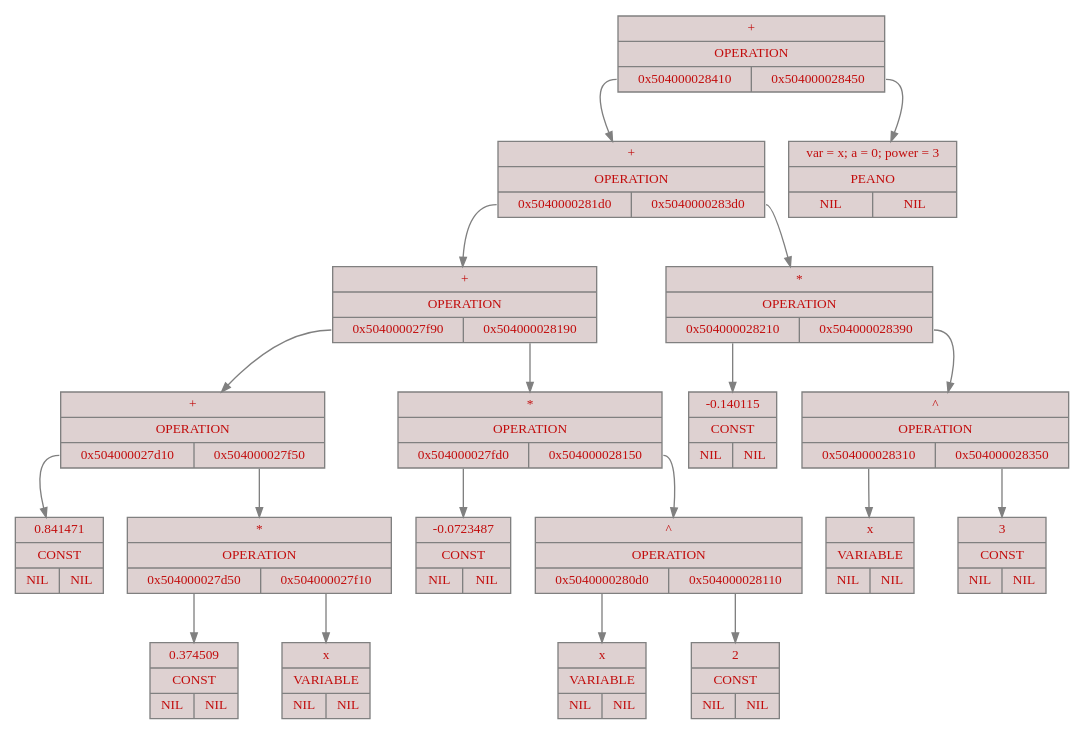
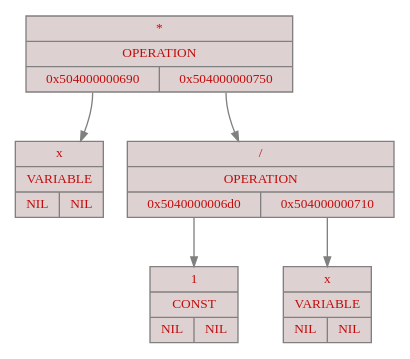
One commit to Sergey3G/Task-5-Differenciator changed the diagram in scripts/graph.gv. Above: the diagram before and after it, drawn with Graphviz. The commit also changed 21 other files, not shown here.

```diff
--- a/scripts/graph.gv
+++ b/scripts/graph.gv
@@ -1,43 +1,15 @@
 digraph G {
   bgcolor="#ffffffff";
   node [shape=record, fontname="Moscow Sans", fontsize=10, style=filled, fillcolor="#ded1d1ff", fontcolor="#c20c0cff", color=gray];
   edge [arrowsize=0.7, color=gray];
 
-  node0 [label="{ + | OPERATION | {<left> 0x504000028410 | <right> 0x504000028450}}"];
-  node1 [label="{ + | OPERATION | {<left> 0x5040000281d0 | <right> 0x5040000283d0}}"];
-  node2 [label="{ + | OPERATION | {<left> 0x504000027f90 | <right> 0x504000028190}}"];
-  node3 [label="{ + | OPERATION | {<left> 0x504000027d10 | <right> 0x504000027f50}}"];
-  node4 [label="{ 0.841471 | CONST | {NIL | NIL}}"];
-  node3:left -> node4;
-  node5 [label="{ * | OPERATION | {<left> 0x504000027d50 | <right> 0x504000027f10}}"];
-  node6 [label="{ 0.374509 | CONST | {NIL | NIL}}"];
-  node5:left -> node6;
-  node7 [label="{ x | VARIABLE | {NIL | NIL}}"];
-  node5:right -> node7;
-  node3:right -> node5;
+  node0 [label="{ * | OPERATION | {<left> 0x504000000690 | <right> 0x504000000750}}"];
+  node1 [label="{ x | VARIABLE | {NIL | NIL}}"];
+  node0:left -> node1;
+  node2 [label="{ / | OPERATION | {<left> 0x5040000006d0 | <right> 0x504000000710}}"];
+  node3 [label="{ 1 | CONST | {NIL | NIL}}"];
   node2:left -> node3;
-  node8 [label="{ * | OPERATION | {<left> 0x504000027fd0 | <right> 0x504000028150}}"];
-  node9 [label="{ -0.0723487 | CONST | {NIL | NIL}}"];
-  node8:left -> node9;
-  node10 [label="{ ^ | OPERATION | {<left> 0x5040000280d0 | <right> 0x504000028110}}"];
-  node11 [label="{ x | VARIABLE | {NIL | NIL}}"];
-  node10:left -> node11;
-  node12 [label="{ 2 | CONST | {NIL | NIL}}"];
-  node10:right -> node12;
-  node8:right -> node10;
-  node2:right -> node8;
-  node1:left -> node2;
-  node13 [label="{ * | OPERATION | {<left> 0x504000028210 | <right> 0x504000028390}}"];
-  node14 [label="{ -0.140115 | CONST | {NIL | NIL}}"];
-  node13:left -> node14;
-  node15 [label="{ ^ | OPERATION | {<left> 0x504000028310 | <right> 0x504000028350}}"];
-  node16 [label="{ x | VARIABLE | {NIL | NIL}}"];
-  node15:left -> node16;
-  node17 [label="{ 3 | CONST | {NIL | NIL}}"];
-  node15:right -> node17;
-  node13:right -> node15;
-  node1:right -> node13;
-  node0:left -> node1;
-  node18 [label="{ var = x; a = 0; power = 3 | PEANO | {NIL | NIL}}"];
-  node0:right -> node18;
+  node4 [label="{ x | VARIABLE | {NIL | NIL}}"];
+  node2:right -> node4;
+  node0:right -> node2;
 }
```
